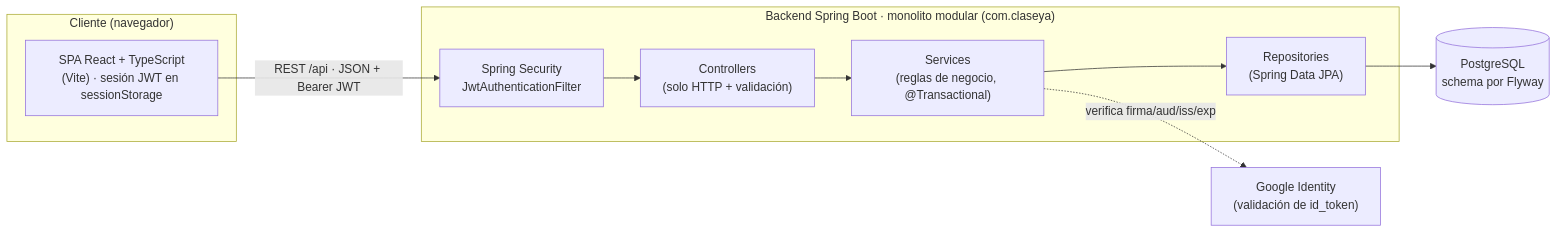
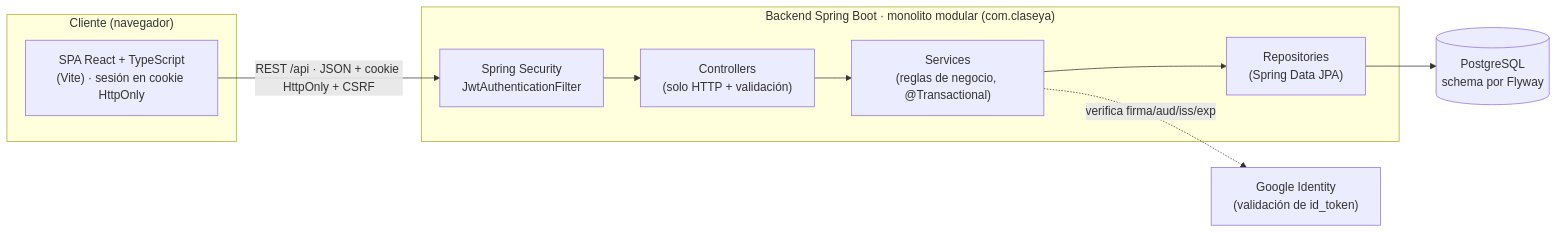
The first of 2 diagrams in README.md (AgustinMohr/clase-ya), drawn with Mermaid before and after one commit. The commit also changed other lines of this file and 4 other files, not shown here.

First line of the commit message:
docs: update architecture, security and remediation tracking

````diff
--- a/README.md
+++ b/README.md
@@ -176,20 +180,20 @@
 ```mermaid
 flowchart LR
   subgraph Cliente["Cliente (navegador)"]
-    SPA["SPA React + TypeScript<br/>(Vite) · sesión JWT en sessionStorage"]
+    SPA["SPA React + TypeScript<br/>(Vite) · sesión en cookie HttpOnly"]
   end
 
   subgraph Backend["Backend Spring Boot · monolito modular (com.claseya)"]
     SEC["Spring Security<br/>JwtAuthenticationFilter"]
     CTRL["Controllers<br/>(solo HTTP + validación)"]
     SVC["Services<br/>(reglas de negocio, @Transactional)"]
     REPO["Repositories<br/>(Spring Data JPA)"]
   end
 
   DB[("PostgreSQL<br/>schema por Flyway")]
   GOOGLE["Google Identity<br/>(validación de id_token)"]
 
-  SPA -->|"REST /api · JSON + Bearer JWT"| SEC
+  SPA -->|"REST /api · JSON + cookie HttpOnly + CSRF"| SEC
   SEC --> CTRL --> SVC --> REPO --> DB
   SVC -.->|"verifica firma/aud/iss/exp"| GOOGLE
 ```
````
